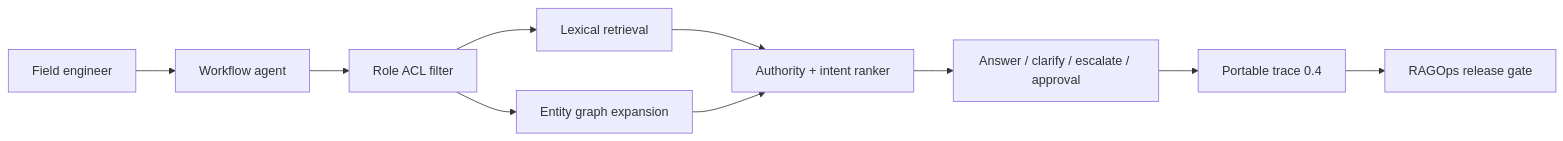
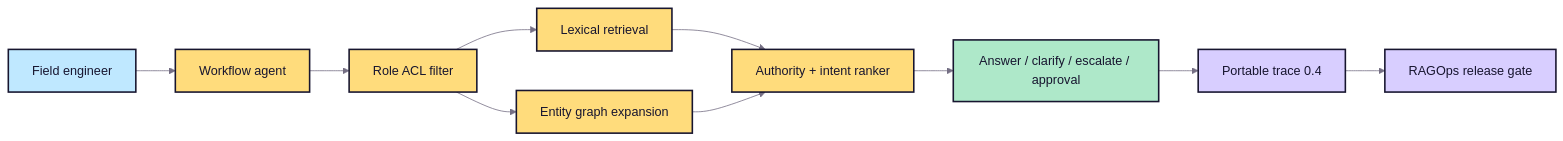
One commit to thangldw/ragops changed the diagram in examples/japanese_troubleshooting_agent/architecture.md. Above: the diagram before and after it, drawn with Mermaid. The commit also changed other lines of this file and 39 other files, not shown here.

````diff
--- a/examples/japanese_troubleshooting_agent/architecture.md
+++ b/examples/japanese_troubleshooting_agent/architecture.md
@@ -3,12 +3,21 @@
 ```mermaid
+%%{init: {"theme":"base","fontFamily":"system-ui, -apple-system, BlinkMacSystemFont, Segoe UI, sans-serif","flowchart":{"curve":"basis"},"themeVariables":{"background":"#f8f6f0","primaryColor":"#ffdc7c","primaryTextColor":"#17152f","primaryBorderColor":"#17152f","secondaryColor":"#bfe8ff","tertiaryColor":"#d8ceff","lineColor":"#756f84","edgeLabelBackground":"#fffef9"}}}%%
 flowchart LR
     User["Field engineer"] --> Agent["Workflow agent"]
     Agent --> ACL["Role ACL filter"]
     ACL --> Lexical["Lexical retrieval"]
     ACL --> Graph["Entity graph expansion"]
     Lexical --> Rank["Authority + intent ranker"]
     Graph --> Rank
     Rank --> Decision["Answer / clarify / escalate / approval"]
     Decision --> Trace["Portable trace 0.4"]
     Trace --> RAGOps["RAGOps release gate"]
+    classDef actor fill:#bfe8ff,stroke:#17152f,color:#17152f,stroke-width:2px;
+    classDef app fill:#ffdc7c,stroke:#17152f,color:#17152f,stroke-width:2px;
+    classDef evidence fill:#d8ceff,stroke:#17152f,color:#17152f,stroke-width:2px;
+    classDef decision fill:#aee8c9,stroke:#17152f,color:#17152f,stroke-width:2px;
+    class User actor;
+    class Agent,ACL,Lexical,Graph,Rank app;
+    class Decision decision;
+    class Trace,RAGOps evidence;
 ```
````
